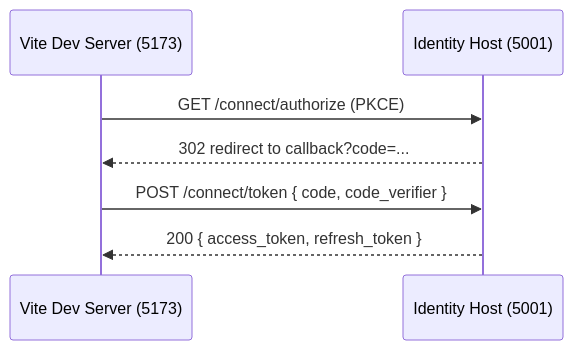
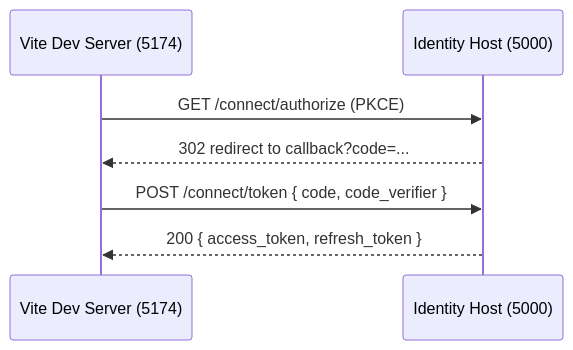
One commit to Amaretto-Software-Labs/identity-base changed the diagram in docs/playbooks/react-client-pkce-login.md. Above: the diagram before and after it, drawn with Mermaid. The commit also changed other lines of this file and 55 other files, not shown here.

````diff
--- a/docs/playbooks/react-client-pkce-login.md
+++ b/docs/playbooks/react-client-pkce-login.md
@@ -88,9 +88,9 @@
 ```mermaid
 sequenceDiagram
-  participant SPA as Vite Dev Server (5173)
-  participant Host as Identity Host (5001)
+  participant SPA as Vite Dev Server (5174)
+  participant Host as Identity Host (5000)
   SPA->>Host: GET /connect/authorize (PKCE)
   Host-->>SPA: 302 redirect to callback?code=...
   SPA->>Host: POST /connect/token { code, code_verifier }
   Host-->>SPA: 200 { access_token, refresh_token }
 ```
````
